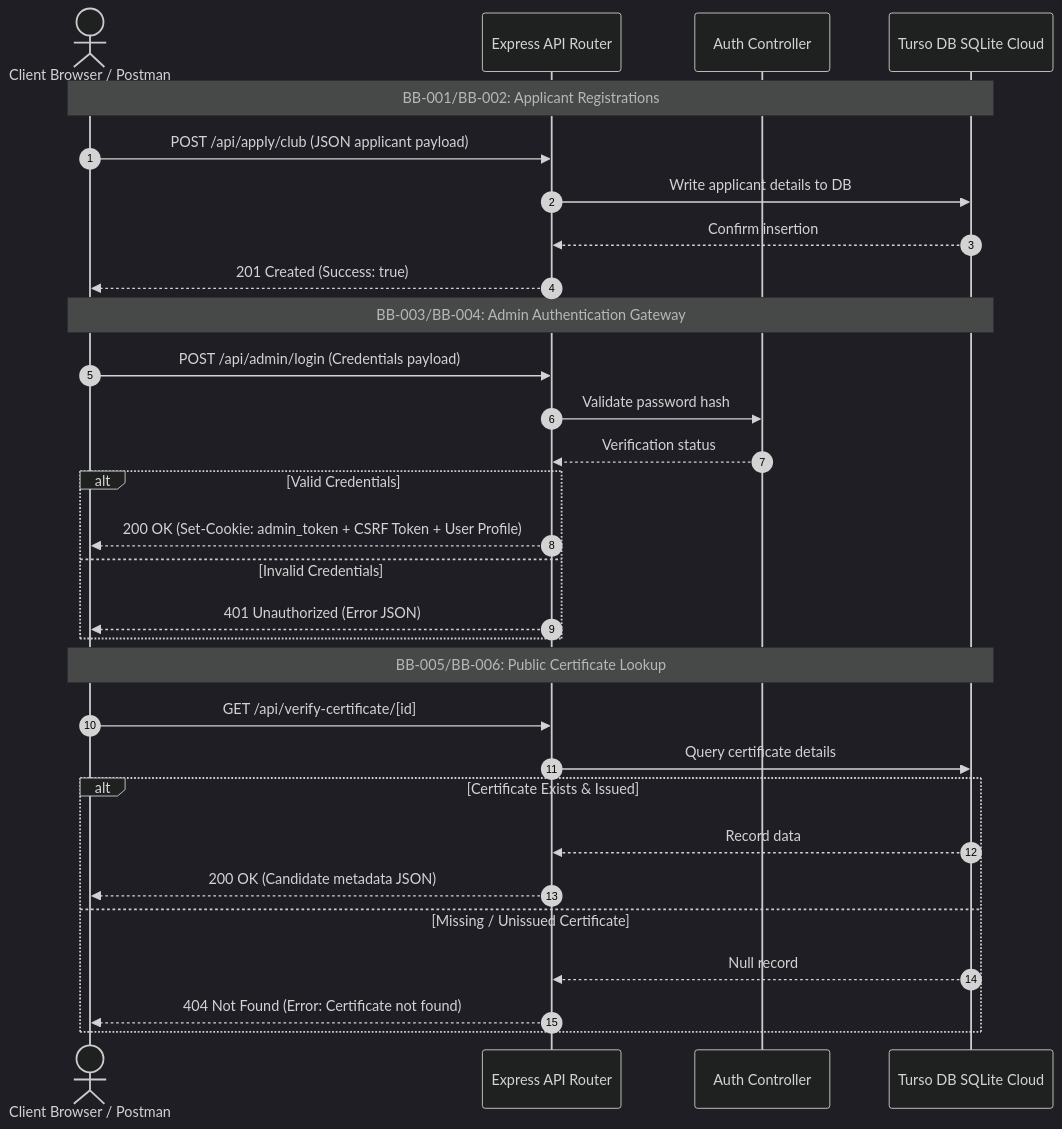
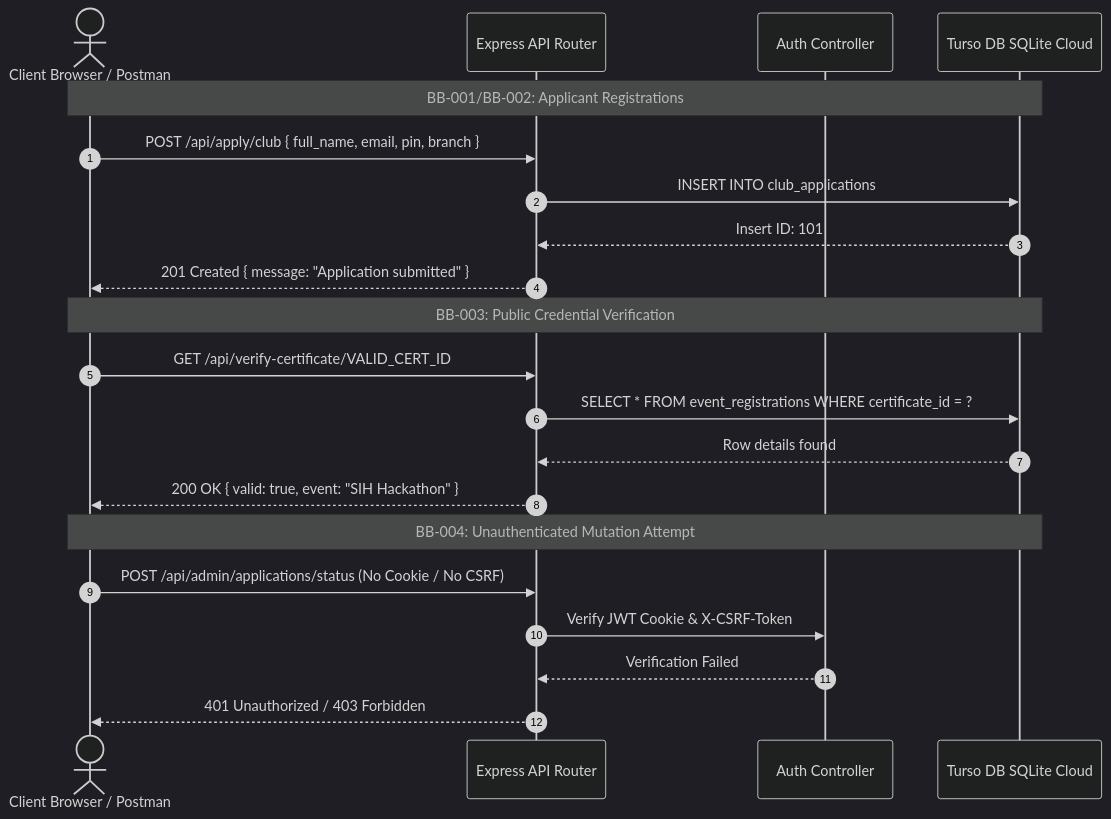
Before and after one commit to saicharan-bhuthkuri/rd: diagram 22 of 26 in README.md, drawn with Mermaid (dark theme). The commit also changed other lines of this file and 1 other file, not shown here.

Commit message:
docs: complete overhaul of README with 26 verified diagrams, 16-table ER schema, and Table of Figures

````diff
--- a/README.md
+++ b/README.md
@@ -2511,35 +2943,26 @@
 ```mermaid
 sequenceDiagram
     autonumber
     actor Client as Client Browser / Postman
     participant Router as Express API Router
     participant Auth as Auth Controller
     participant DB as Turso DB SQLite Cloud
 
     Note over Client, DB: BB-001/BB-002: Applicant Registrations
-    Client->>Router: POST /api/apply/club (JSON applicant payload)
-    Router->>DB: Write applicant details to DB
-    DB-->>Router: Confirm insertion
-    Router-->>Client: 201 Created (Success: true)
+    Client->>Router: POST /api/apply/club { full_name, email, pin, branch }
+    Router->>DB: INSERT INTO club_applications
+    DB-->>Router: Insert ID: 101
+    Router-->>Client: 201 Created { message: "Application submitted" }
 
-    Note over Client, DB: BB-003/BB-004: Admin Authentication Gateway
-    Client->>Router: POST /api/admin/login (Credentials payload)
-    Router->>Auth: Validate password hash
-    Auth-->>Router: Verification status
-    alt Valid Credentials
-        Router-->>Client: 200 OK (Set-Cookie: admin_token + CSRF Token + User Profile)
-    else Invalid Credentials
-        Router-->>Client: 401 Unauthorized (Error JSON)
-    end
+    Note over Client, DB: BB-003: Public Credential Verification
+    Client->>Router: GET /api/verify-certificate/VALID_CERT_ID
+    Router->>DB: SELECT * FROM event_registrations WHERE certificate_id = ?
+    DB-->>Router: Row details found
+    Router-->>Client: 200 OK { valid: true, event: "SIH Hackathon" }
 
-    Note over Client, DB: BB-005/BB-006: Public Certificate Lookup
-    Client->>Router: GET /api/verify-certificate/[id]
-    Router->>DB: Query certificate details
-    alt Certificate Exists & Issued
-        DB-->>Router: Record data
-        Router-->>Client: 200 OK (Candidate metadata JSON)
-    else Missing / Unissued Certificate
-        DB-->>Router: Null record
-        Router-->>Client: 404 Not Found (Error: Certificate not found)
-    end
+    Note over Client, DB: BB-004: Unauthenticated Mutation Attempt
+    Client->>Router: POST /api/admin/applications/status (No Cookie / No CSRF)
+    Router->>Auth: Verify JWT Cookie & X-CSRF-Token
+    Auth-->>Router: Verification Failed
+    Router-->>Client: 401 Unauthorized / 403 Forbidden
 ```
````
